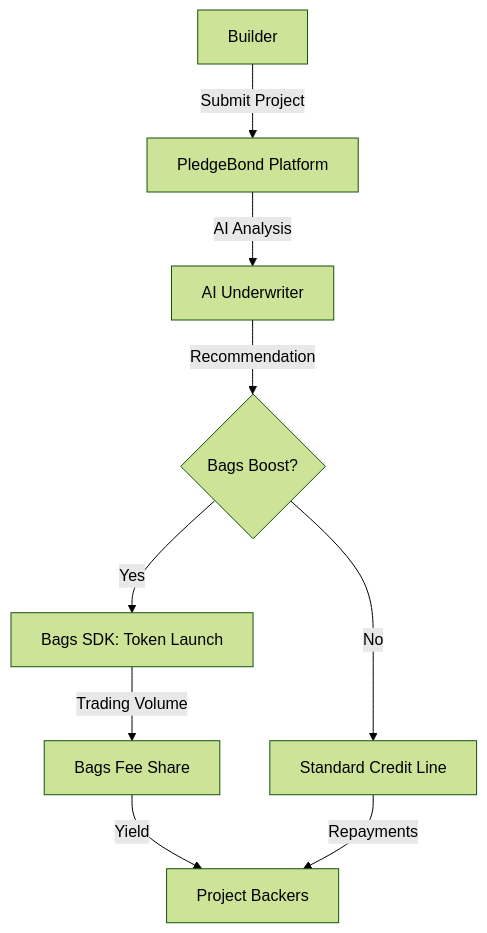
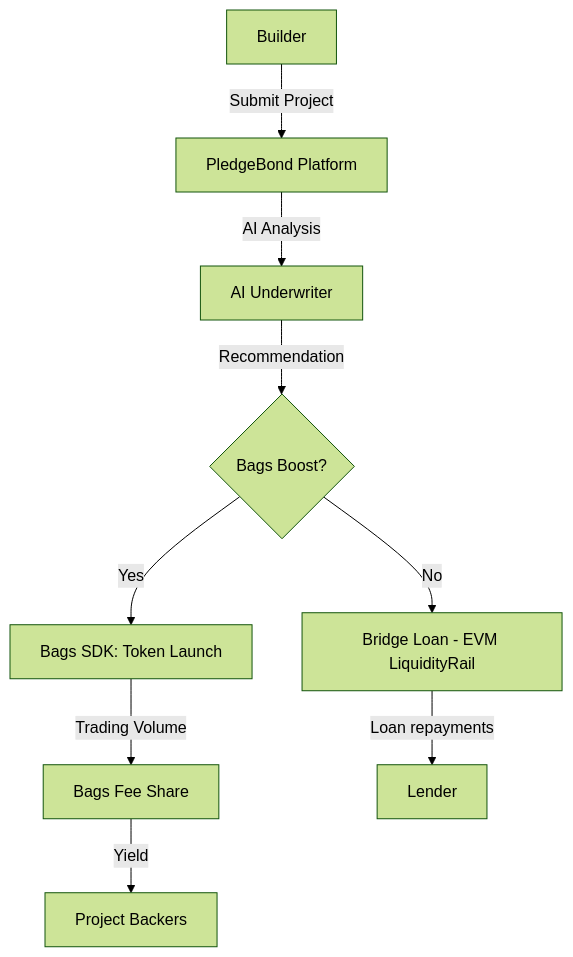
Before and after one commit to thisyearnofear/pledgebond: the diagram in docs/BAGS_SOLANA.md, drawn with Mermaid (forest theme). The commit also changed 2 other files, not shown here.

Commit message:
docs: purge the last credit-model wording from the hackathon and Bags docs
Three spots still described the retired model: the Scout summary said
"micro-backings with specific multipliers", the Bags architecture diagram
branched to a "Standard Credit Line", and the six-star roadmap left R2
open with a self-verification guard that pointed at the Solana program.

R2 is closed by the retirement itself; the guard now points at
HackathonRegistry host-or-admin enforcement on EVM.

````diff
--- a/docs/BAGS_SOLANA.md
+++ b/docs/BAGS_SOLANA.md
@@ -101,11 +101,11 @@
 ```mermaid
 graph TD
     A[Builder] -->|Submit Project| B[PledgeBond Platform]
     B -->|AI Analysis| C[AI Underwriter]
     C -->|Recommendation| D{Bags Boost?}
     D -->|Yes| E[Bags SDK: Token Launch]
-    D -->|No| F[Standard Credit Line]
+    D -->|No| F[Bridge Loan - EVM LiquidityRail]
     E -->|Trading Volume| G[Bags Fee Share]
     G -->|Yield| H[Project Backers]
-    F -->|Repayments| H
+    F -->|Loan repayments| I[Lender]
 ```
````
